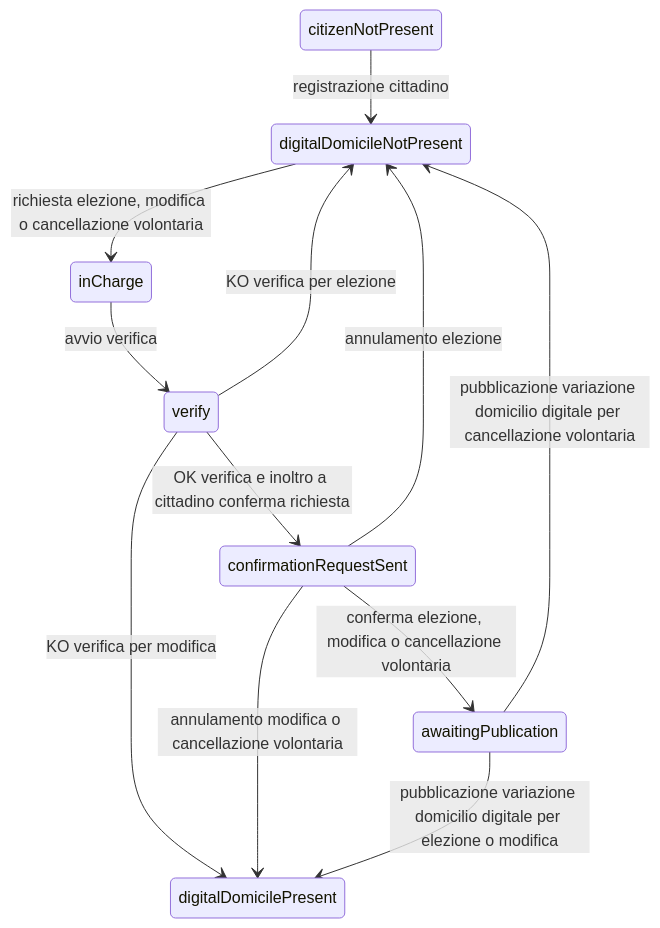
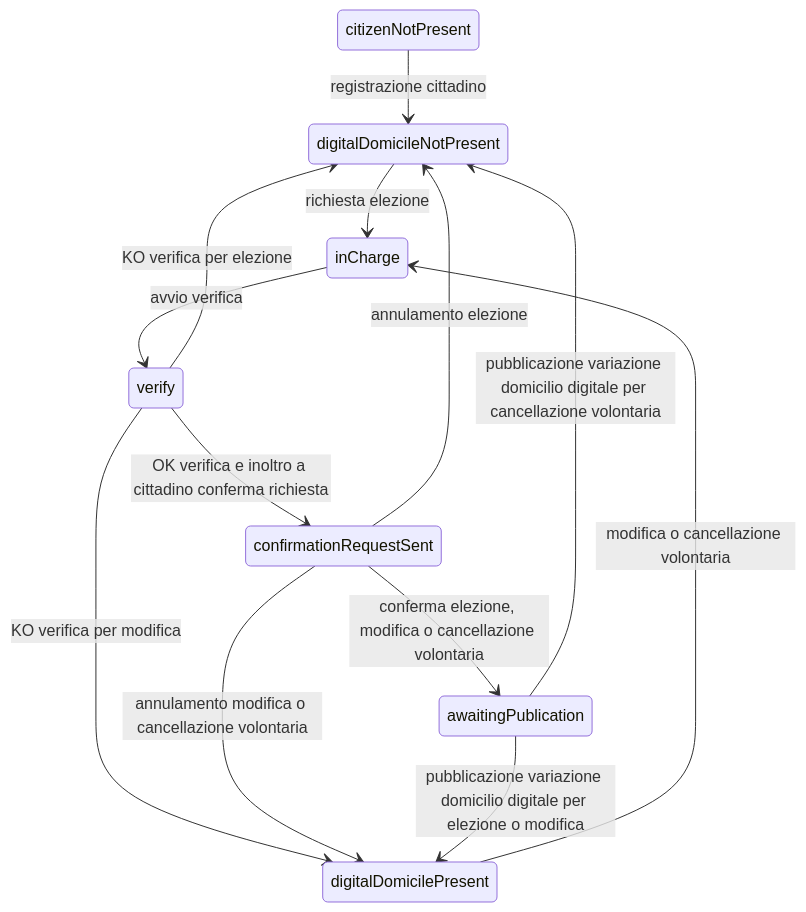
Before and after one commit to ioggstream/verify_integration_INAD_with_ANPR-IO: the diagram in readme.md, drawn with Mermaid.

Commit message:
fixing state diagram into UC007

````diff
--- a/readme.md
+++ b/readme.md
@@ -478,24 +478,26 @@
 ```mermaid
   stateDiagram-v2
     citizenNotPresent --> digitalDomicileNotPresent: registrazione cittadino  
 
-    digitalDomicileNotPresent --> inCharge: richiesta elezione, modifica o cancellazione volontaria
+    digitalDomicileNotPresent --> inCharge: richiesta elezione
+
+    digitalDomicilePresent --> inCharge: modifica o cancellazione volontaria
 
     inCharge --> verify: avvio verifica
 
     verify --> confirmationRequestSent: OK verifica e inoltro a cittadino conferma richiesta
 
     verify --> digitalDomicilePresent: KO verifica per modifica
 
     verify --> digitalDomicileNotPresent: KO verifica per elezione   
 
     confirmationRequestSent --> awaitingPublication: conferma elezione, modifica o cancellazione volontaria 
 
     confirmationRequestSent --> digitalDomicileNotPresent: annulamento elezione
 
     confirmationRequestSent --> digitalDomicilePresent: annulamento modifica o cancellazione volontaria
 
     awaitingPublication --> digitalDomicilePresent: pubblicazione variazione domicilio digitale per elezione o modifica
     
     awaitingPublication --> digitalDomicileNotPresent: pubblicazione variazione domicilio digitale per cancellazione volontaria
 ```
````
